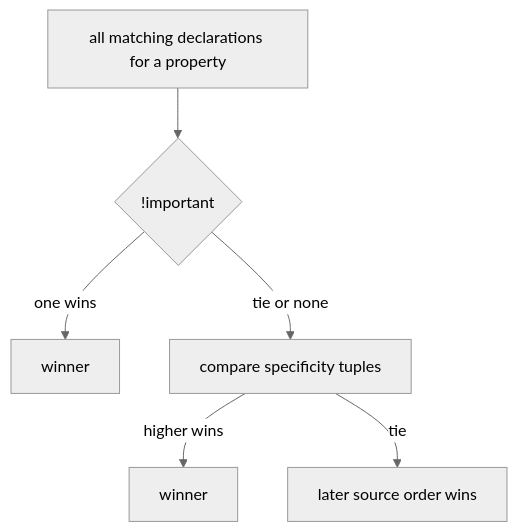
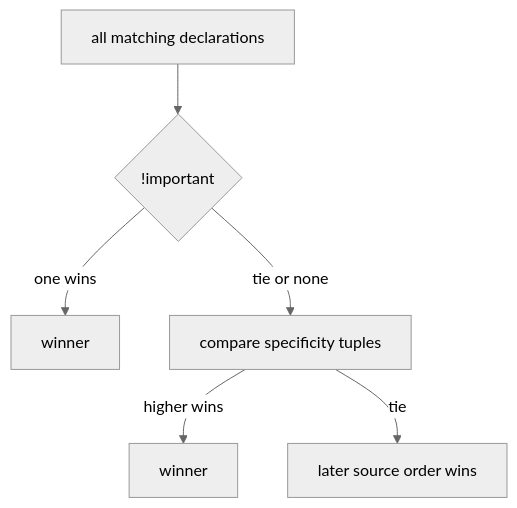
One commit to ashishxcode/frontend-internals changed the diagram in packages/content/content/16-css-layout.mdx. Above: the diagram before and after it, drawn with Mermaid (neutral theme). The commit also changed other lines of this file and 34 other files, not shown here.

````diff
--- a/packages/content/content/16-css-layout.mdx
+++ b/packages/content/content/16-css-layout.mdx
@@ -43,8 +35,8 @@
 ```mermaid
 flowchart TD
-  rules["all matching declarations for a property"] --> imp{!important}
+  rules["all matching declarations"] --> imp{!important}
   imp -->|one wins| done1[winner]
   imp -->|tie or none| spec[compare specificity tuples]
   spec -->|higher wins| done2[winner]
   spec -->|tie| order[later source order wins]
 ```
````
